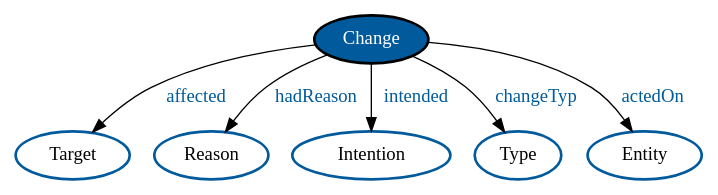
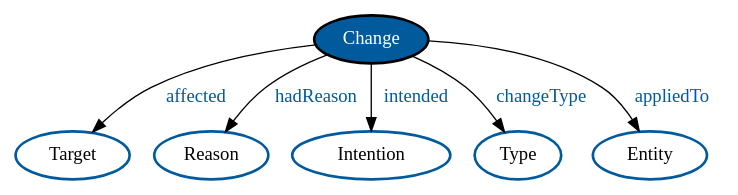
Before and after one commit to binfalse/COMODI: the diagram in doc/intro.dot, drawn with Graphviz. The commit also changed 1 other file, not shown here.

Commit message:
updated intro fig

```diff
--- a/doc/intro.dot
+++ b/doc/intro.dot
@@ -1,14 +1,14 @@
 digraph intro {
 edge [len=2,fontcolor="#005A9C",fontname = "DejaVu Sans Mono bold"];
 node [color="#005A9C",fontname = "DejaVu Sans Mono bold", style="bold"]
 
 change [color="#000000", style="filled,bold", fillcolor="#005A9C", fontcolor="#ffffff", label="Change"];
 
 
 change -> "Target" [label="affected"];
 change -> "Reason" [label="hadReason"];
 change -> "Intention" [label="intended"];
-change -> "Type" [label="changeTyp"];
-change -> "Entity" [label="actedOn"];
+change -> "Type" [label="changeType"];
+change -> "Entity" [label="appliedTo"];
 
 }
```
